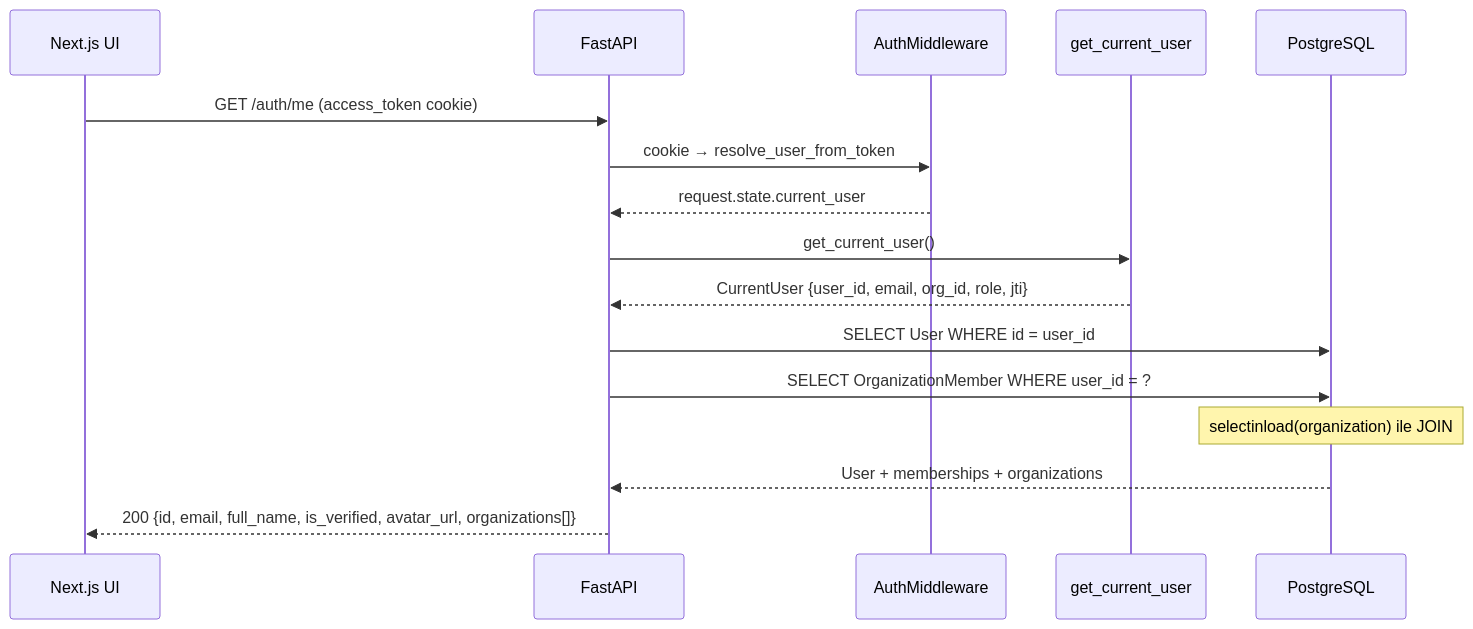
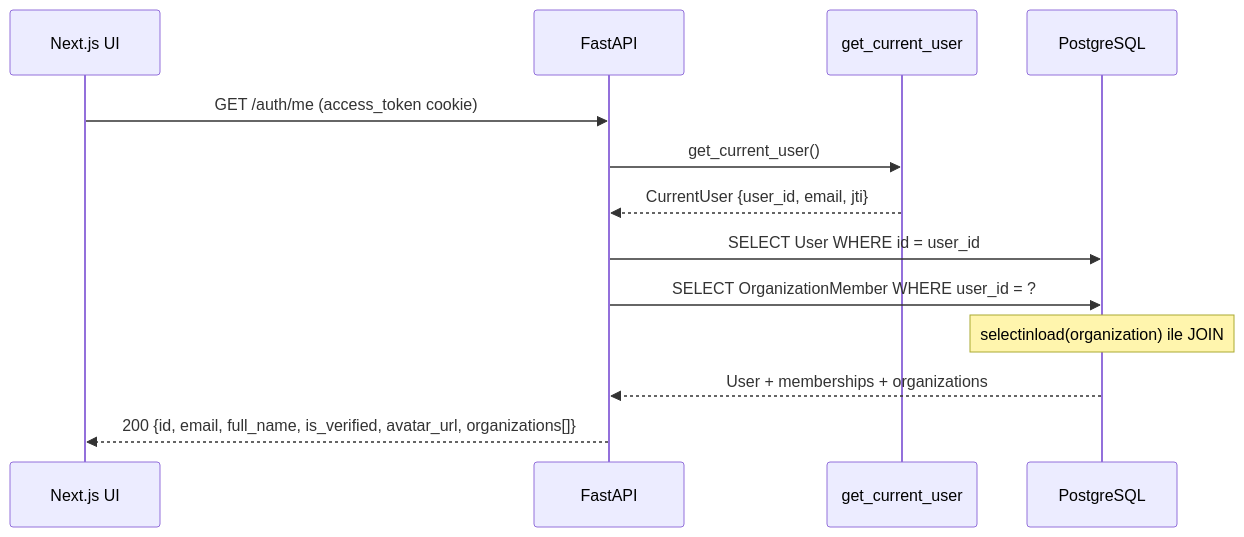
One commit to kutluhaan/AI-Agent-Observatory-House changed the second of 6 diagrams in docs/diagrams/mermaid-codes/M4-diagrams.md. Above: the diagram before and after it, drawn with Mermaid. The commit also changed other lines of this file, not shown here.

Commit message:
Refactor M4 diagrams and update authentication flow documentation. Simplify token handling responses and clarify organization member checks in the GET /auth/me flow. Enhance sequence diagrams for better understanding of authentication processes.

````diff
--- a/docs/diagrams/mermaid-codes/M4-diagrams.md
+++ b/docs/diagrams/mermaid-codes/M4-diagrams.md
@@ -51,19 +50,16 @@
 ```mermaid
 sequenceDiagram
     participant UI as Next.js UI
     participant API as FastAPI
-    participant MW as AuthMiddleware
     participant DEPS as get_current_user
     participant DB as PostgreSQL
 
     UI->>API: GET /auth/me (access_token cookie)
-    API->>MW: cookie → resolve_user_from_token
-    MW-->>API: request.state.current_user
     API->>DEPS: get_current_user()
-    DEPS-->>API: CurrentUser {user_id, email, org_id, role, jti}
+    DEPS-->>API: CurrentUser {user_id, email, jti}
     API->>DB: SELECT User WHERE id = user_id
     API->>DB: SELECT OrganizationMember WHERE user_id = ?
     Note over DB: selectinload(organization) ile JOIN
     DB-->>API: User + memberships + organizations
     API-->>UI: 200 {id, email, full_name, is_verified, avatar_url, organizations[]}
 ```
````
